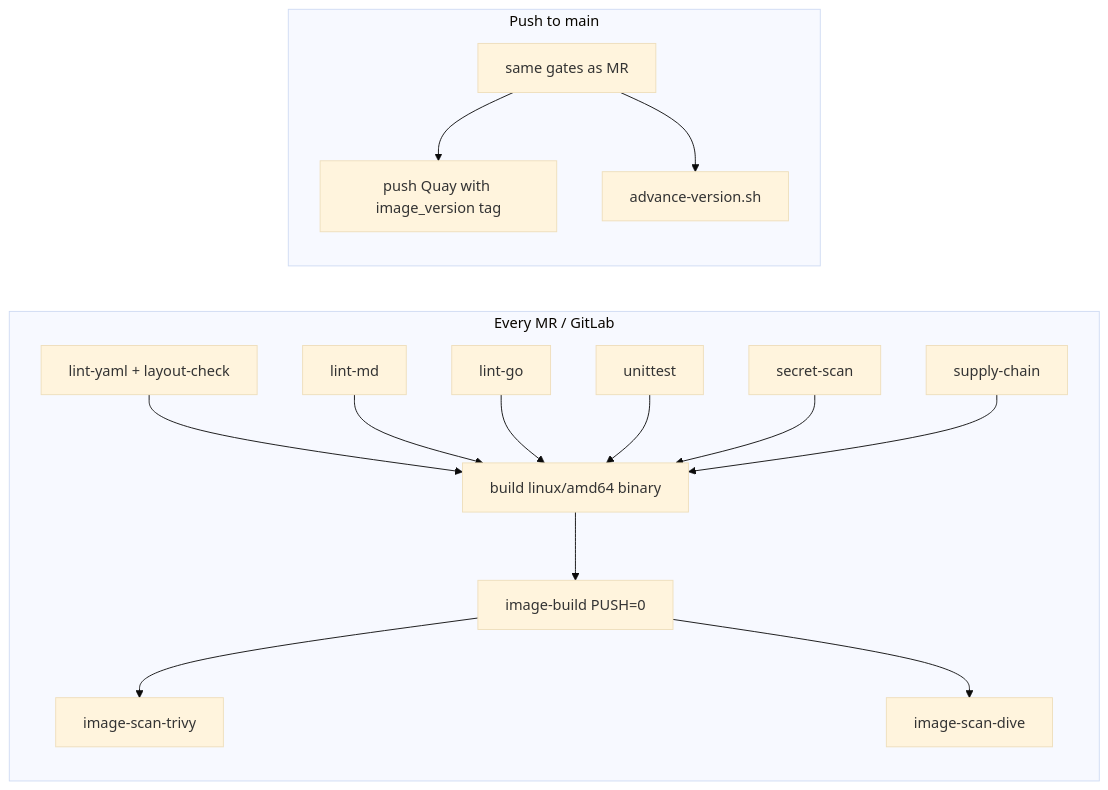
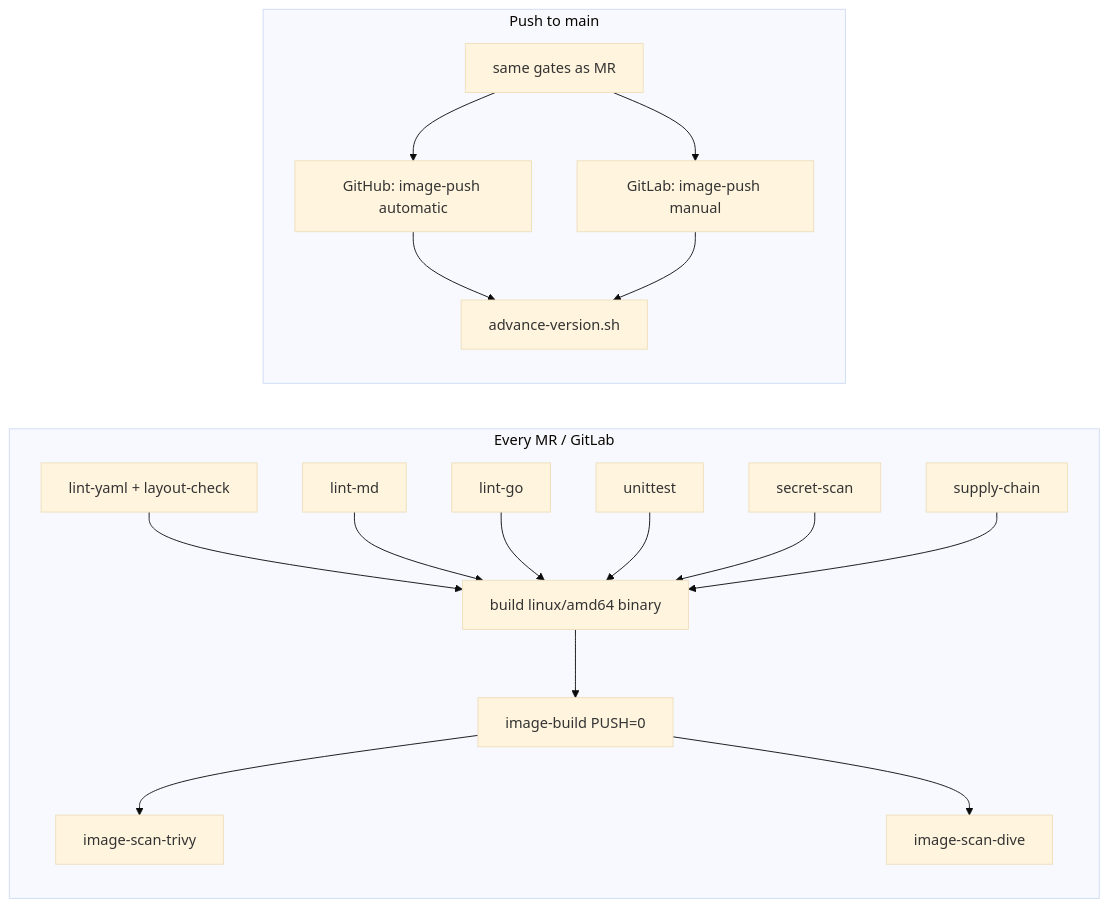
Before and after one commit to openshift-storage-cert/storage-cert-harness: the third of 3 diagrams in docs/ci.md, drawn with Mermaid (base theme). The commit also changed other lines of this file, not shown here.

First line of the commit message:
docs(ci): align image-push behavior across GitHub and GitLab

````diff
--- a/docs/ci.md
+++ b/docs/ci.md
@@ -313,29 +313,32 @@
 ```mermaid
 flowchart LR
   subgraph mr [Every MR / GitLab]
     LintYaml2[lint-yaml + layout-check]
     LintMd2[lint-md]
     LintGo2[lint-go]
     Unittest2[unittest]
     Secret2[secret-scan]
     Supply2[supply-chain]
     BuildMR[build linux/amd64 binary]
     ImageMR[image-build PUSH=0]
     LintYaml2 --> BuildMR
     LintMd2 --> BuildMR
     LintGo2 --> BuildMR
     Unittest2 --> BuildMR
     Secret2 --> BuildMR
     Supply2 --> BuildMR
     BuildMR --> ImageMR
     ImageMR --> TrivyMR[image-scan-trivy]
     ImageMR --> DiveMR[image-scan-dive]
   end
   subgraph mainline [Push to main]
     SameGates[same gates as MR]
-    ImagePush[push Quay with image_version tag]
+    ImagePushGH[GitHub: image-push automatic]
+    ImagePushGL[GitLab: image-push manual]
     VersionBump[advance-version.sh]
-    SameGates --> ImagePush
-    SameGates --> VersionBump
+    SameGates --> ImagePushGH
+    SameGates --> ImagePushGL
+    ImagePushGH --> VersionBump
+    ImagePushGL --> VersionBump
   end
 ```
````
